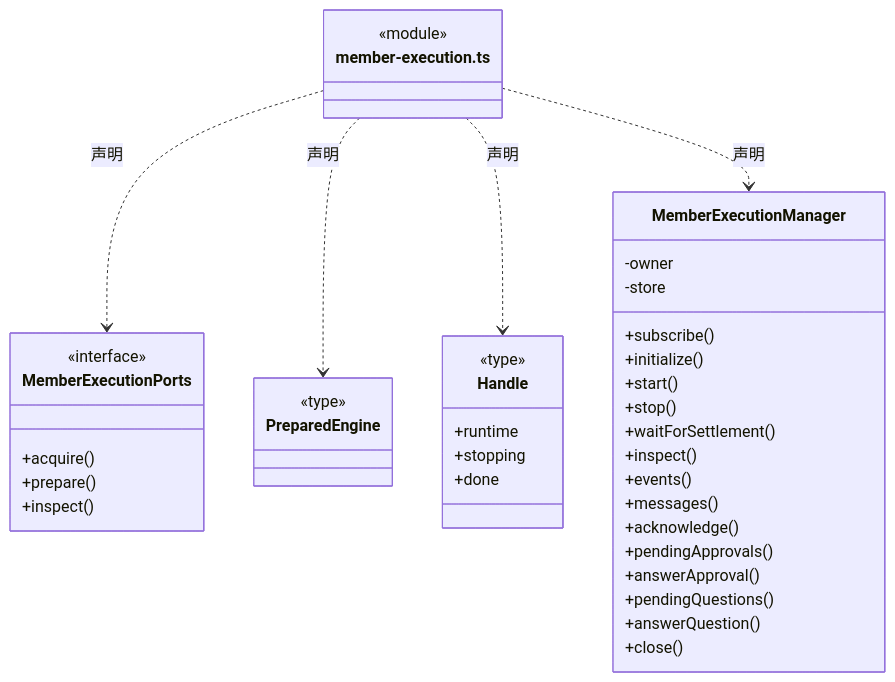
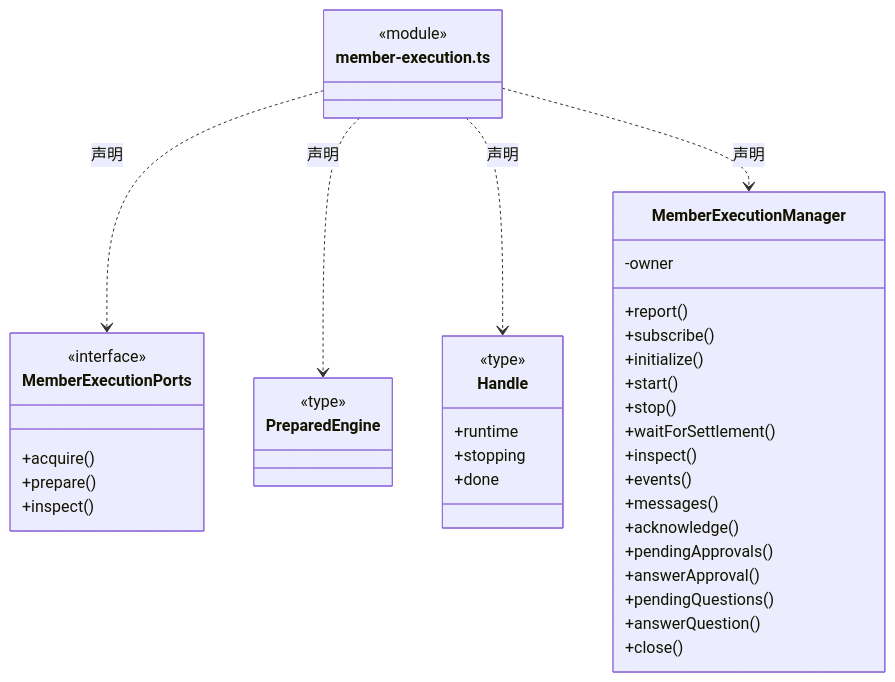
Before and after one commit to nan023062/cbim: diagram 17 of 33 in src/backend/scheduler-engine/execution/ARCHITECTURE.md, drawn with Mermaid. The commit also changed other lines of this file and 55 other files, not shown here.

````diff
--- a/src/backend/scheduler-engine/execution/ARCHITECTURE.md
+++ b/src/backend/scheduler-engine/execution/ARCHITECTURE.md
@@ -417,44 +465,44 @@
 ```mermaid
 classDiagram
 class N_src_backend_scheduler_engine_execution_member_execution_ts["member-execution.ts"] {
   <<module>>
 }
 class N_src_backend_scheduler_engine_execution_member_execution_ts_MemberExecutionPorts["MemberExecutionPorts"] {
   <<interface>>
   +acquire()
   +prepare()
   +inspect()
 }
 N_src_backend_scheduler_engine_execution_member_execution_ts ..> N_src_backend_scheduler_engine_execution_member_execution_ts_MemberExecutionPorts : 声明
 class N_src_backend_scheduler_engine_execution_member_execution_ts_PreparedEngine["PreparedEngine"] {
   <<type>>
 
 }
 N_src_backend_scheduler_engine_execution_member_execution_ts ..> N_src_backend_scheduler_engine_execution_member_execution_ts_PreparedEngine : 声明
 class N_src_backend_scheduler_engine_execution_member_execution_ts_Handle["Handle"] {
   <<type>>
   +runtime
   +stopping
   +done
 }
 N_src_backend_scheduler_engine_execution_member_execution_ts ..> N_src_backend_scheduler_engine_execution_member_execution_ts_Handle : 声明
 class N_src_backend_scheduler_engine_execution_member_execution_ts_MemberExecutionManager["MemberExecutionManager"] {
+  +report()
   +subscribe()
   +initialize()
   +start()
   +stop()
   +waitForSettlement()
   +inspect()
   +events()
   +messages()
   +acknowledge()
   +pendingApprovals()
   +answerApproval()
   +pendingQuestions()
   +answerQuestion()
   +close()
   -owner
-  -store
 }
 N_src_backend_scheduler_engine_execution_member_execution_ts ..> N_src_backend_scheduler_engine_execution_member_execution_ts_MemberExecutionManager : 声明
 ```
````
